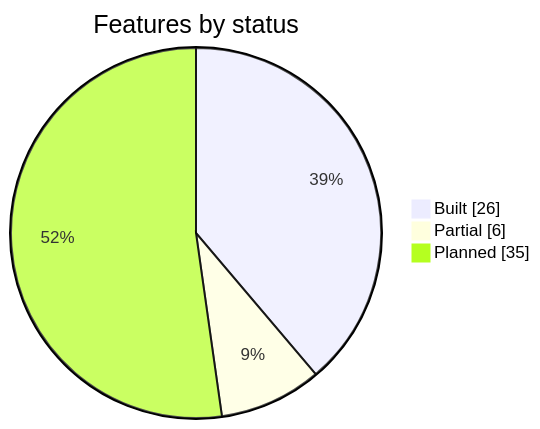
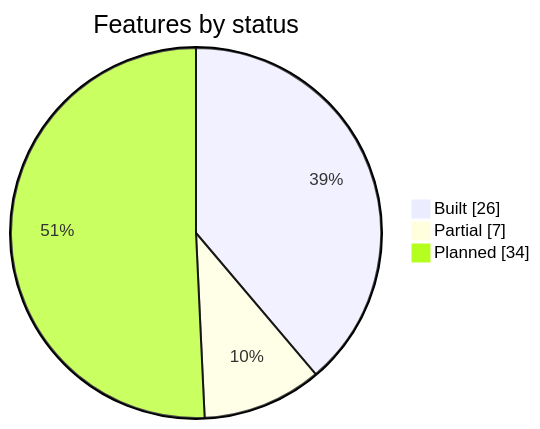
The first of 2 diagrams in docs/FEATURES.md (josephgoksu/TaskWing), drawn with Mermaid before and after one commit. The commit also changed other lines of this file and 55 other files, not shown here.

````diff
--- a/docs/FEATURES.md
+++ b/docs/FEATURES.md
@@ -15,7 +15,7 @@
 ```mermaid
 pie showData
   title Features by status
   "Built" : 26
-  "Partial" : 6
-  "Planned" : 35
+  "Partial" : 7
+  "Planned" : 34
 ```
````
